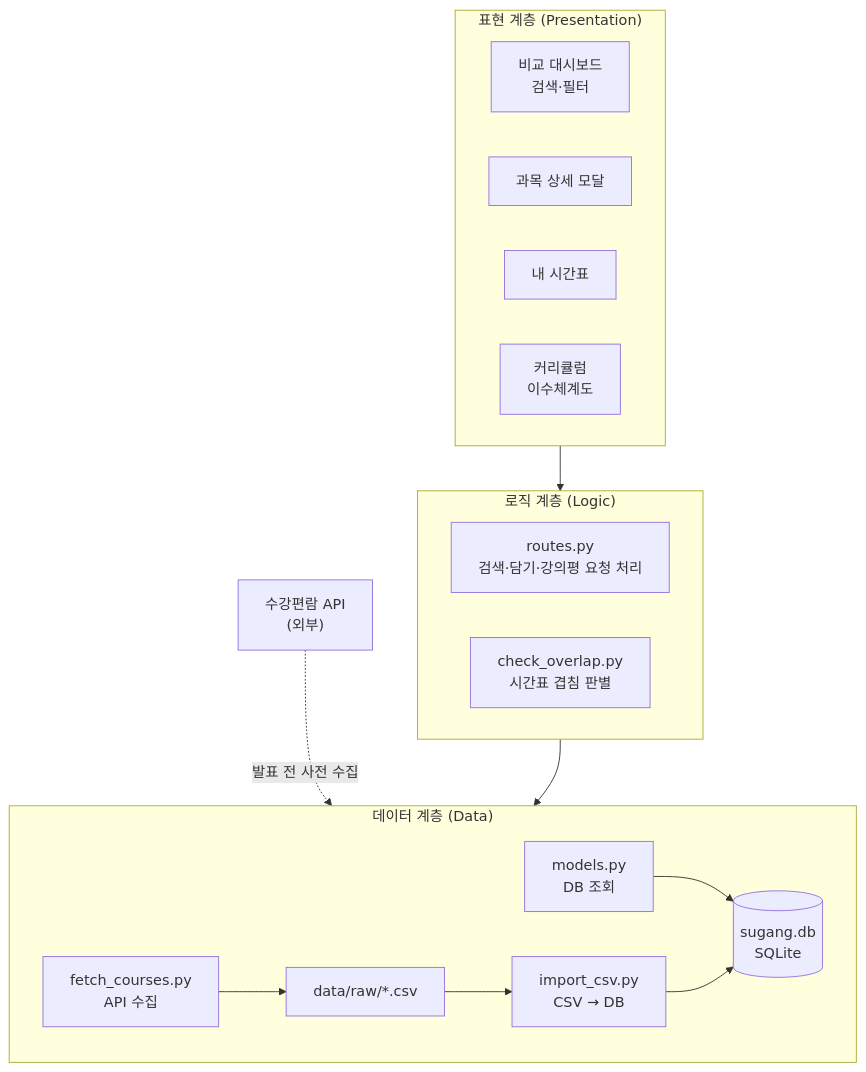
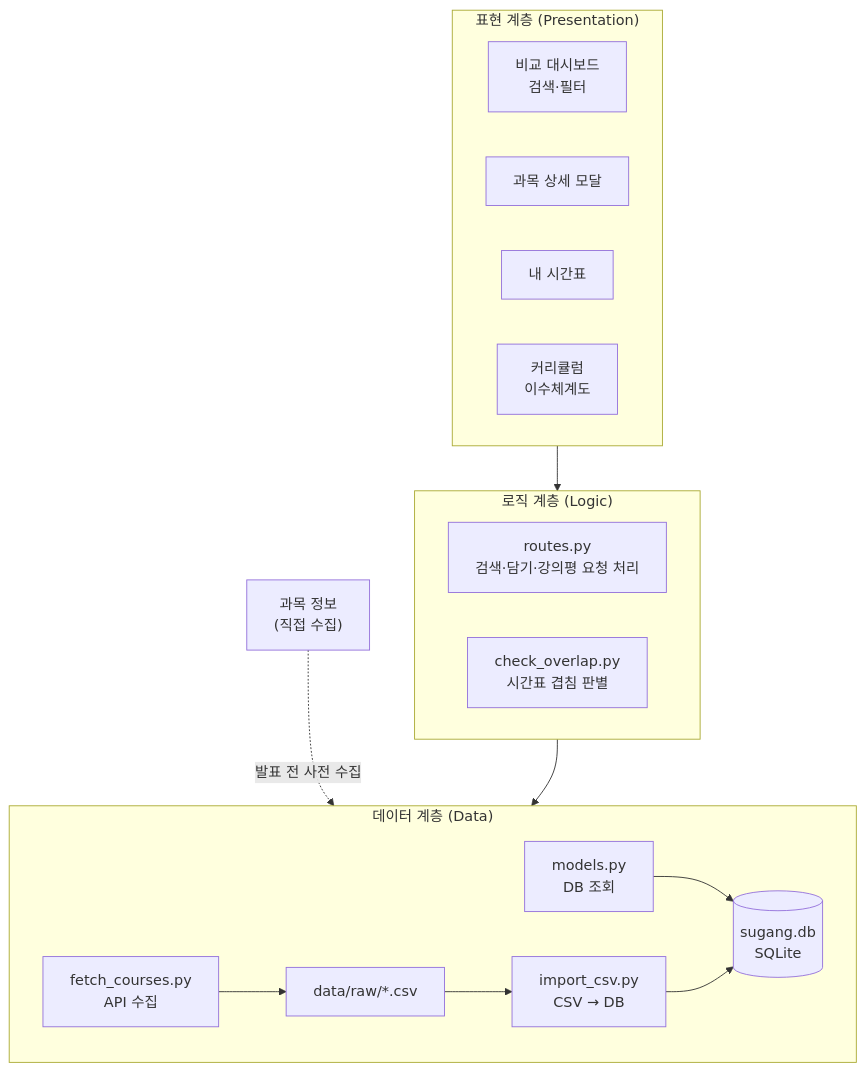
One commit to Junseok626/aix-2026f-team12 changed the diagram in docs/week-07.md. Above: the diagram before and after it, drawn with Mermaid.

Commit message:
Update subject information in week-07.md
Replaced '수강편람 API' with '과목 정보' in documentation.

````diff
--- a/docs/week-07.md
+++ b/docs/week-07.md
@@ -11,36 +11,36 @@
 ```mermaid
 flowchart TB
     subgraph P["표현 계층 (Presentation)"]
         direction LR
        
         P1["비교 대시보드<br/>검색·필터"]
         P2["과목 상세 모달"]
         P3["내 시간표"]
         P4["커리큘럼<br/>이수체계도"]
     end
 
     subgraph L["로직 계층 (Logic)"]
         direction LR
         L1["routes.py<br/>검색·담기·강의평 요청 처리"]
         L2["check_overlap.py<br/>시간표 겹침 판별"]
     end
 
     subgraph D["데이터 계층 (Data)"]
         direction LR
         D1["models.py<br/>DB 조회"]
         D2[("sugang.db<br/>SQLite")]
         D3["import_csv.py<br/>CSV → DB"]
         D4["data/raw/*.csv"]
         D5["fetch_courses.py<br/>API 수집"]
         D1 --> D2
         D3 --> D2
         D4 --> D3
         D5 --> D4
     end
 
-    EXT["수강편람 API<br/>(외부)"]
+    EXT["과목 정보<br/>(직접 수집)"]
 
     P --> L
     L --> D
     EXT -.->|"발표 전 사전 수집"| D5
 ```
````
